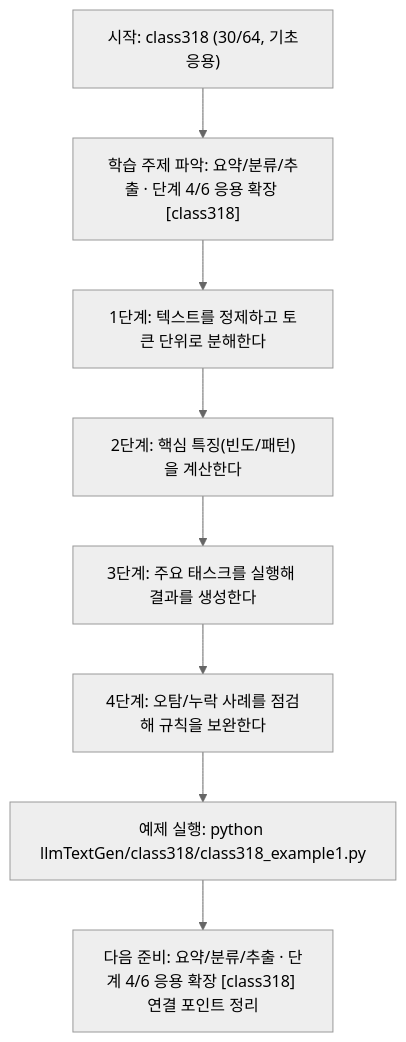
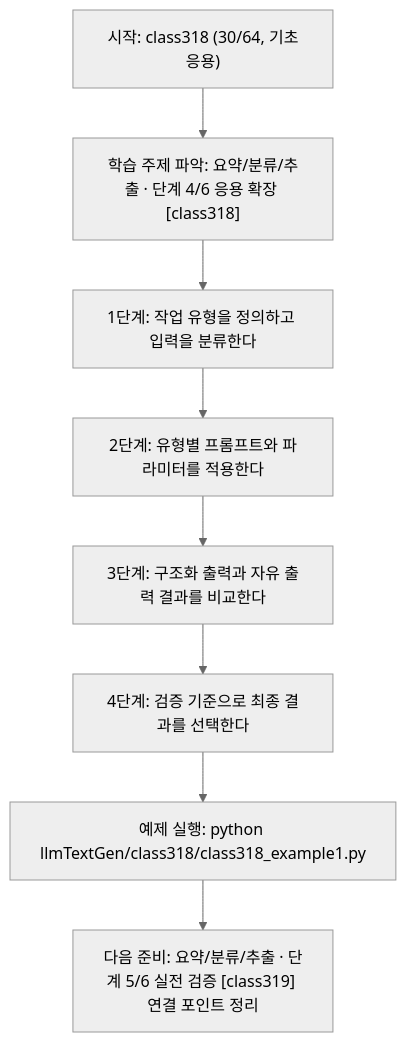
One commit to edumgt/Python-AI_Agent-Class changed the diagram in llmTextGen/class318/class318.md. Above: the diagram before and after it, drawn with Mermaid (neutral theme). The commit also changed other lines of this file and 451 other files, not shown here.

````diff
--- a/llmTextGen/class318/class318.md
+++ b/llmTextGen/class318/class318.md
@@ -114,18 +95,18 @@
 ```mermaid
 flowchart TD
 N1["시작: class318 (30/64, 기초응용)"]
 N2["학습 주제 파악: 요약/분류/추출 · 단계 4/6 응용 확장 [class318]"]
-N3["1단계: 텍스트를 정제하고 토큰 단위로 분해한다"]
-N4["2단계: 핵심 특징(빈도/패턴)을 계산한다"]
-N5["3단계: 주요 태스크를 실행해 결과를 생성한다"]
-N6["4단계: 오탐/누락 사례를 점검해 규칙을 보완한다"]
+N3["1단계: 작업 유형을 정의하고 입력을 분류한다"]
+N4["2단계: 유형별 프롬프트와 파라미터를 적용한다"]
+N5["3단계: 구조화 출력과 자유 출력 결과를 비교한다"]
+N6["4단계: 검증 기준으로 최종 결과를 선택한다"]
 N7["예제 실행: python llmTextGen/class318/class318_example1.py"]
-N8["다음 준비: 요약/분류/추출 · 단계 4/6 응용 확장 [class318] 연결 포인트 정리"]
+N8["다음 준비: 요약/분류/추출 · 단계 5/6 실전 검증 [class319] 연결 포인트 정리"]
 N1 --> N2
 N2 --> N3
 N3 --> N4
 N4 --> N5
 N5 --> N6
 N6 --> N7
 N7 --> N8
 ```
````
